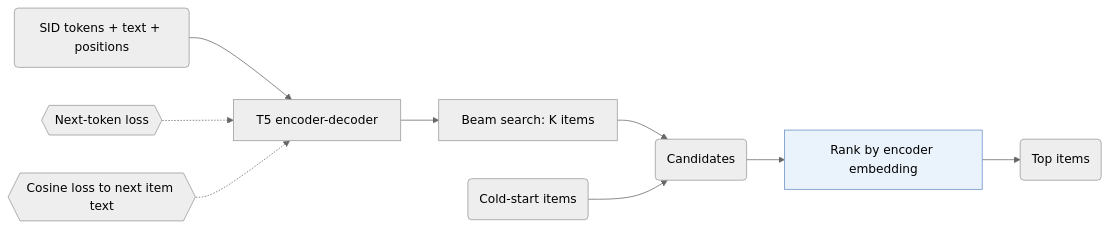
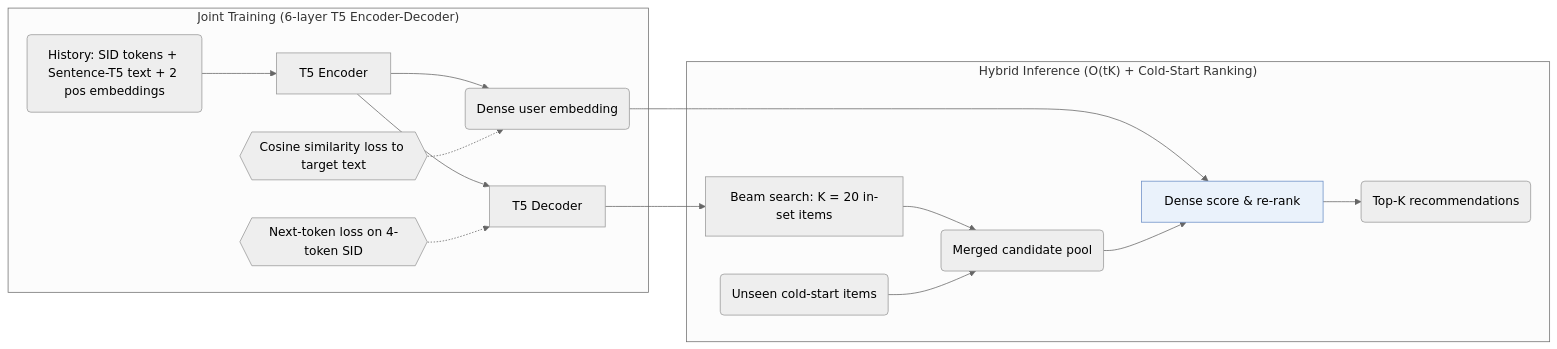
One commit to Galaxy-ghost/Awesome-SID-Generative-Rec changed the diagram in notes/liger.md. Above: the diagram before and after it, drawn with Mermaid (neutral theme). The commit also changed other lines of this file and 649 other files, not shown here.

Commit message:
writer-05: also tags and modality index (schema, check, build, visuals); summary field removed; calibration data for 12 papers

````diff
--- a/notes/liger.md
+++ b/notes/liger.md
@@ -13,12 +14,19 @@
 ```mermaid
 flowchart LR
-    A("SID tokens + text + positions") --> B["T5 encoder-decoder"]
-    L1{{"Next-token loss"}} -.-> B
-    L2{{"Cosine loss to next item text"}} -.-> B
-    B --> D["Beam search: K items"]
-    D --> E("Candidates")
-    F("Cold-start items") --> E
-    E --> G["Rank by encoder embedding"]:::key
-    G --> H("Top items")
+    subgraph TR["Joint Training (6-layer T5 Encoder-Decoder)"]
+        A("History: SID tokens + Sentence-T5 text + 2 pos embeddings") --> B["T5 Encoder"]
+        B --> U("Dense user embedding")
+        B --> C["T5 Decoder"]
+        L2{{"Cosine similarity loss to target text"}} -.-> U
+        L1{{"Next-token loss on 4-token SID"}} -.-> C
+    end
+    subgraph INF["Hybrid Inference (O(tK) + Cold-Start Ranking)"]
+        C --> D["Beam search: K = 20 in-set items"]
+        D --> E("Merged candidate pool")
+        F("Unseen cold-start items") --> E
+        U --> G["Dense score & re-rank"]:::key
+        E --> G
+        G --> H("Top-K recommendations")
+    end
     classDef key fill:#eaf2fb,stroke:#6b8fc7
 ```
````
